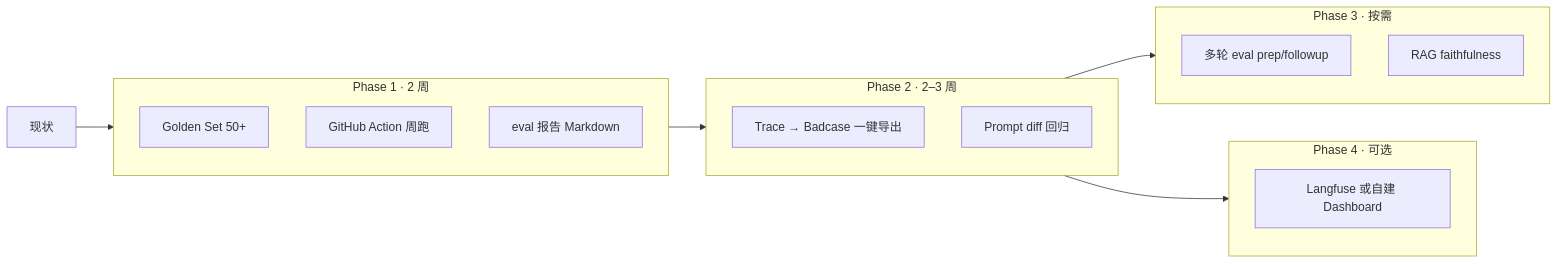
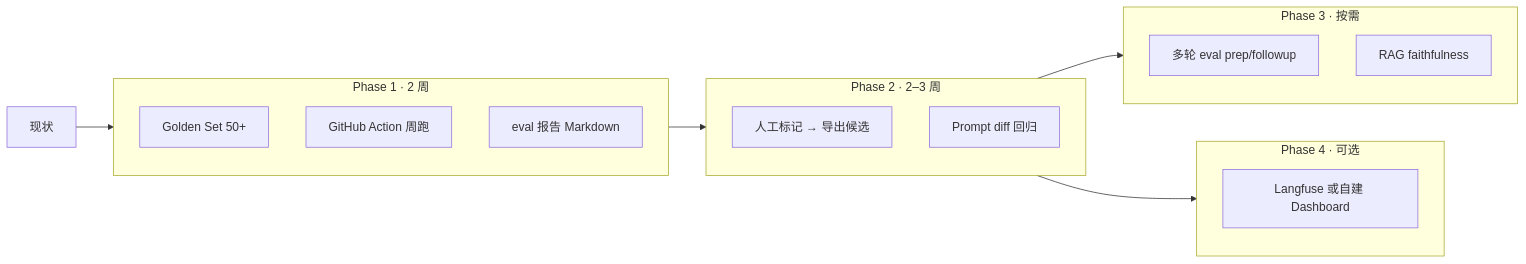
Before and after one commit to mianei/ops-trainer: the diagram in docs/eval-trace-roadmap.md, drawn with Mermaid. The commit also changed other lines of this file, not shown here.

Commit message:
澄清 Phase 2：线上 Trace 需人工标记，非自动 badcase 导出

````diff
--- a/docs/eval-trace-roadmap.md
+++ b/docs/eval-trace-roadmap.md
@@ -23,21 +27,21 @@
 ```mermaid
 flowchart LR
   subgraph P1 [Phase 1 · 2 周]
     G[Golden Set 50+]
     CI[GitHub Action 周跑]
     R[eval 报告 Markdown]
   end
   subgraph P2 [Phase 2 · 2–3 周]
-    B[Trace → Badcase 一键导出]
+    B[人工标记 → 导出候选]
     P[Prompt diff 回归]
   end
   subgraph P3 [Phase 3 · 按需]
     M[多轮 eval prep/followup]
     RAG[RAG faithfulness]
   end
   subgraph P4 [Phase 4 · 可选]
     LF[Langfuse 或自建 Dashboard]
   end
   P0[现状] --> P1 --> P2 --> P3
   P2 --> P4
 ```
````
